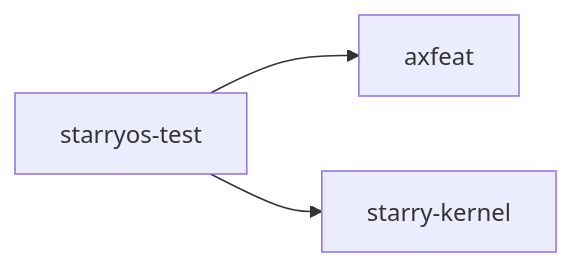
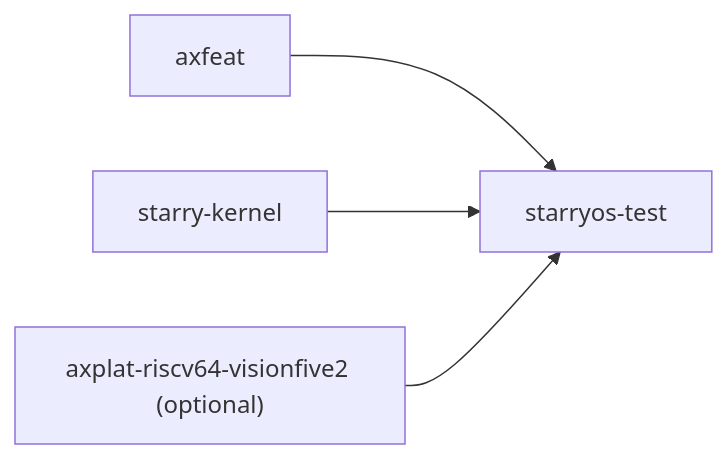
The second of 2 diagrams in docs/crates/starryos-test.md (rcore-os/tgoskits), drawn with Mermaid before and after one commit. The commit also changed other lines of this file and 99 other files, not shown here.

````diff
--- a/docs/crates/starryos-test.md
+++ b/docs/crates/starryos-test.md
@@ -32,6 +104,6 @@
 ```mermaid
 graph LR
-    current["starryos-test"]
-    current --> axfeat["axfeat"]
-    current --> starry_kernel["starry-kernel"]
+    axfeat["axfeat"] --> test["starryos-test"]
+    kernel["starry-kernel"] --> test
+    vf2["axplat-riscv64-visionfive2 (optional)"] --> test
 ```
````
